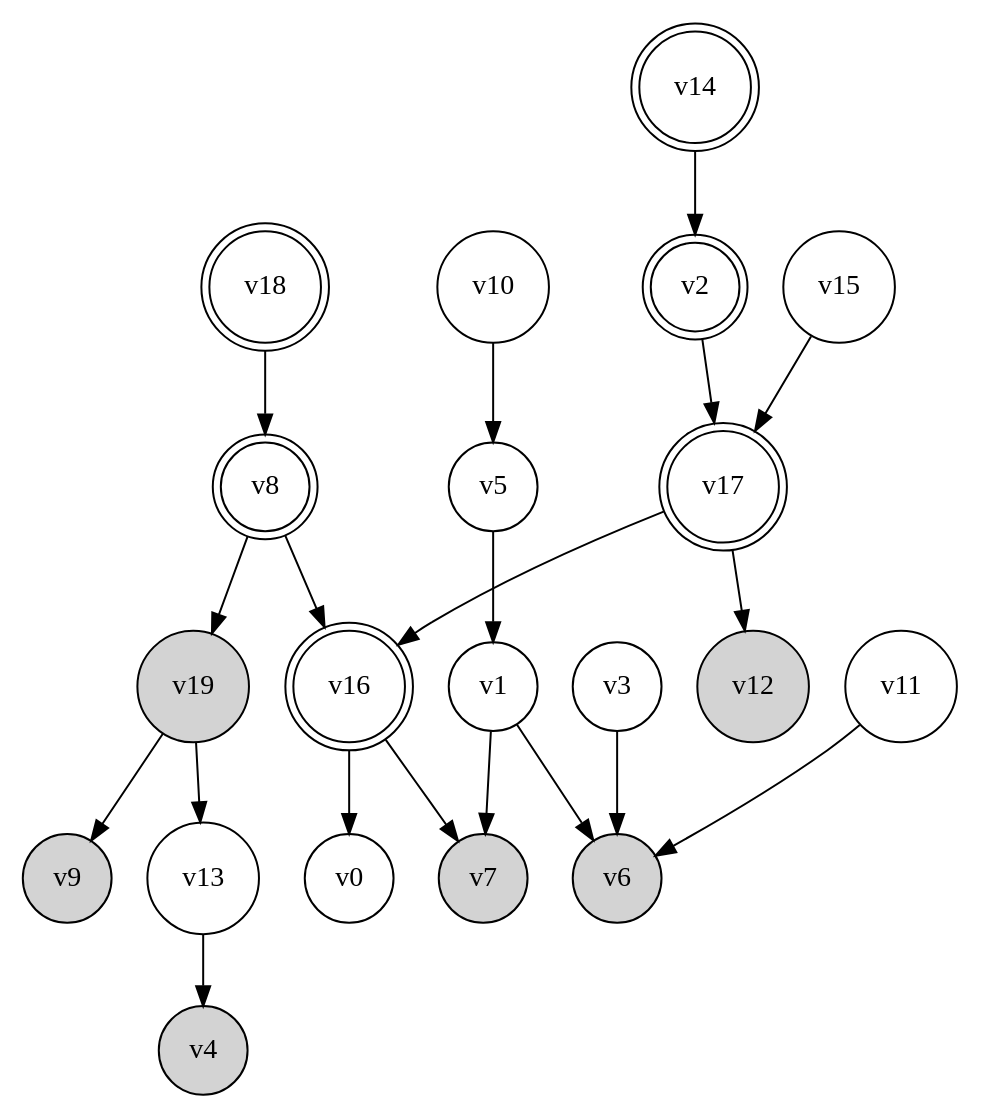
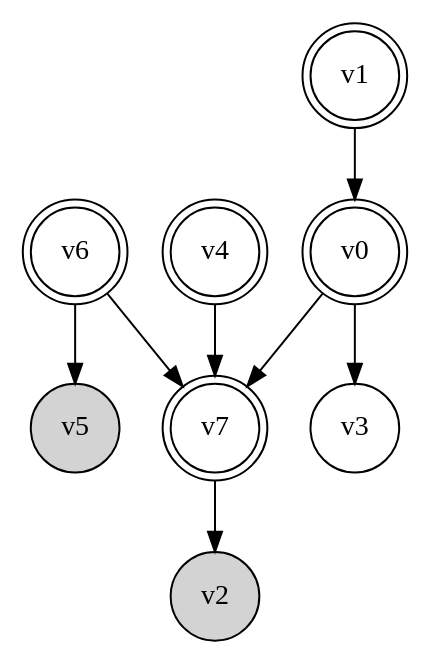
Before and after one commit to arthurhaiying/TestingBayesianNetwork: the diagram in polytree.gv, drawn with Graphviz. The commit also changed 27 other files, not shown here.

```diff
--- a/polytree.gv
+++ b/polytree.gv
@@ -1,42 +1,18 @@
 digraph {
 	rankdir=TD
-	v0 [shape=circle]
-	v1 [shape=circle]
-	v2 [shape=doublecircle]
+	v0 [shape=doublecircle]
+	v1 [shape=doublecircle]
+	v2 [shape=circle style=filled]
 	v3 [shape=circle]
-	v4 [shape=circle style=filled]
-	v5 [shape=circle]
-	v6 [shape=circle style=filled]
-	v7 [shape=circle style=filled]
-	v8 [shape=doublecircle]
-	v9 [shape=circle style=filled]
-	v10 [shape=circle]
-	v11 [shape=circle]
-	v12 [shape=circle style=filled]
-	v13 [shape=circle]
-	v14 [shape=doublecircle]
-	v15 [shape=circle]
-	v16 [shape=doublecircle]
-	v17 [shape=doublecircle]
-	v18 [shape=doublecircle]
-	v19 [shape=circle style=filled]
-	v1 -> v6
-	v1 -> v7
-	v2 -> v17
-	v3 -> v6
-	v5 -> v1
-	v8 -> v16
-	v8 -> v19
-	v10 -> v5
-	v11 -> v6
-	v13 -> v4
-	v14 -> v2
-	v15 -> v17
-	v16 -> v0
-	v16 -> v7
-	v17 -> v16
-	v17 -> v12
-	v18 -> v8
-	v19 -> v13
-	v19 -> v9
+	v4 [shape=doublecircle]
+	v5 [shape=circle style=filled]
+	v6 [shape=doublecircle]
+	v7 [shape=doublecircle]
+	v0 -> v7
+	v0 -> v3
+	v1 -> v0
+	v4 -> v7
+	v6 -> v7
+	v6 -> v5
+	v7 -> v2
 }
```
